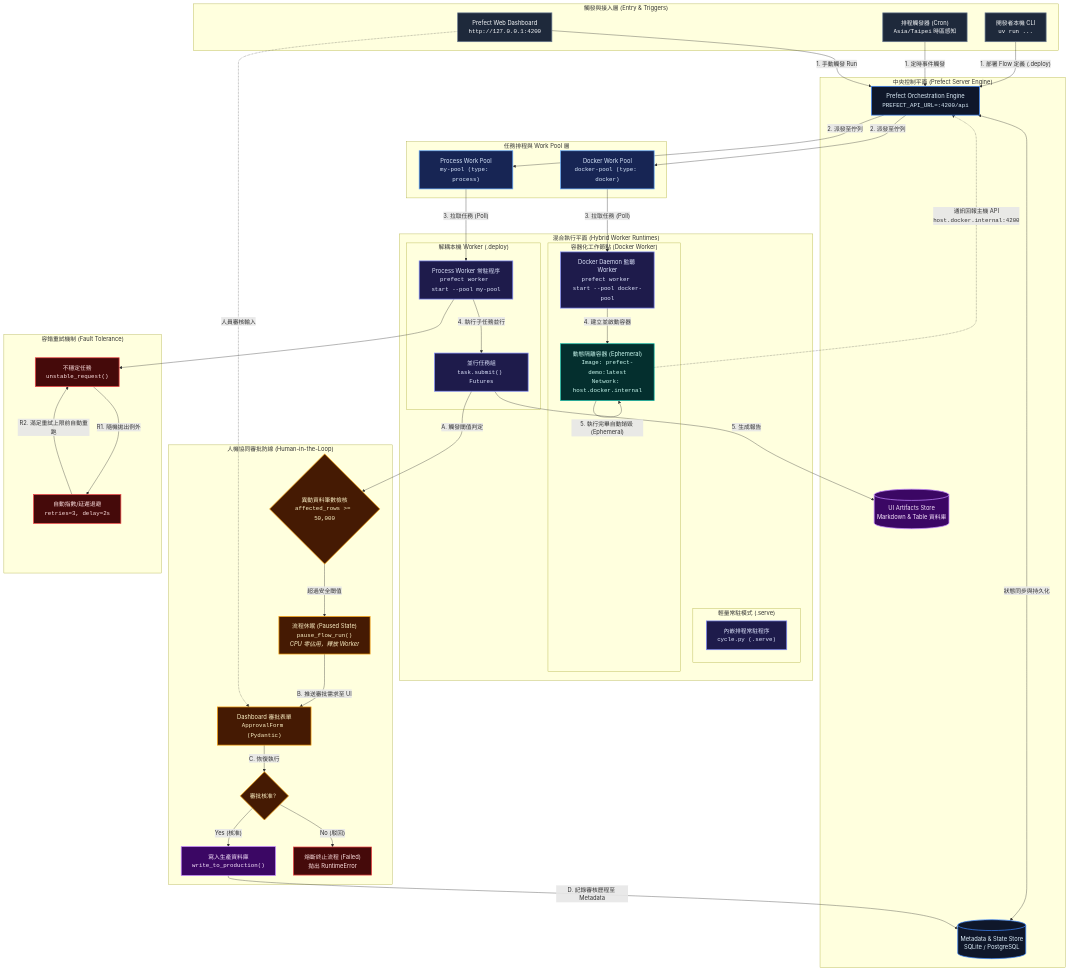
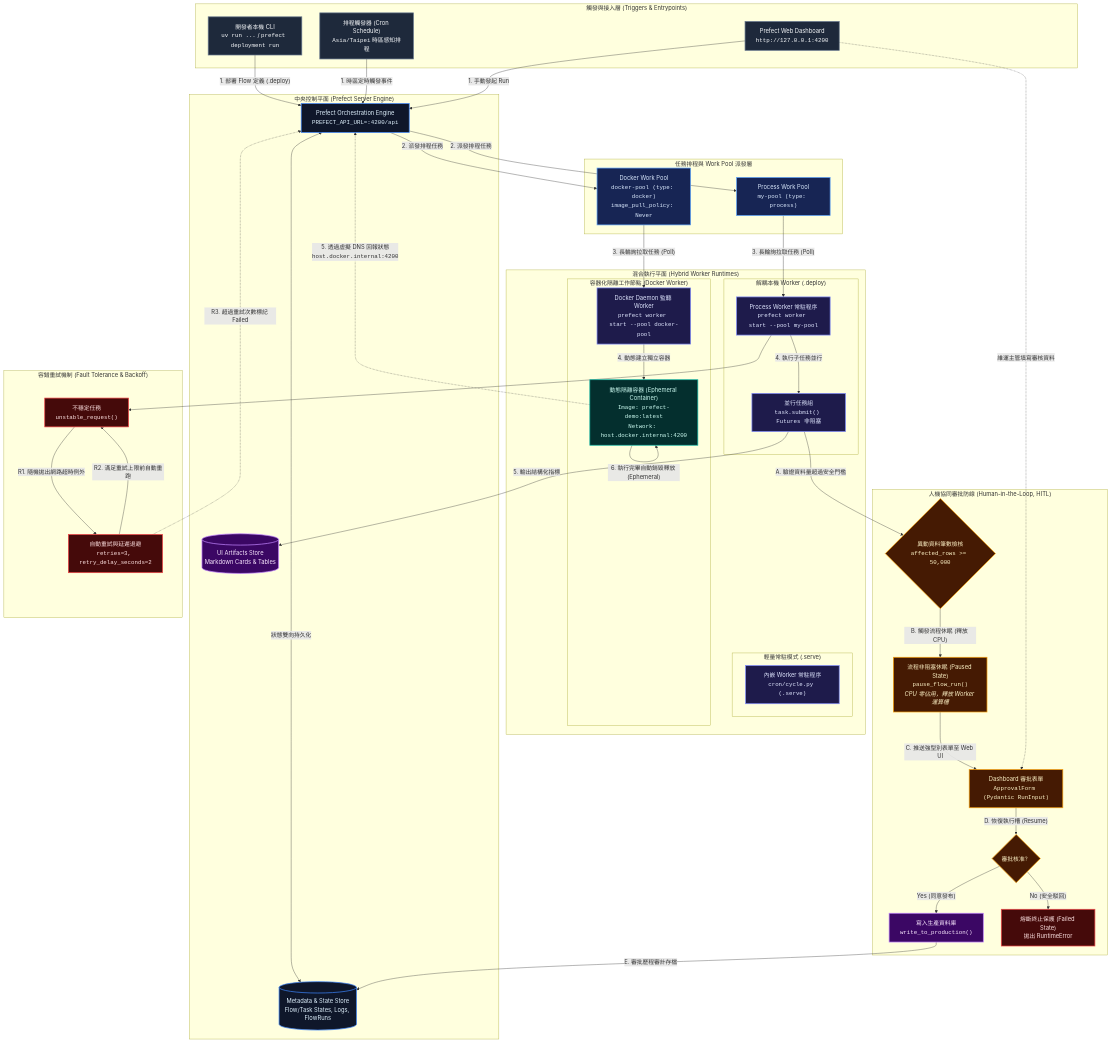
One commit to JeffLin0225/prefectDemo changed the first of 2 diagrams in README.md. Above: the diagram before and after it, drawn with Mermaid. The commit also changed other lines of this file, not shown here.

Commit message:
doc: 更新文件

````diff
--- a/README.md
+++ b/README.md
@@ -11,6 +11,6 @@
 ```mermaid
-flowchart TD
-    %% 樣式定義 (主題質感配色)
+flowchart TB
+    %% 樣式定義 (高質感主題配色)
     classDef trigger fill:#1e293b,stroke:#64748b,stroke-width:2px,color:#f8fafc;
     classDef server fill:#0f172a,stroke:#3b82f6,stroke-width:2px,color:#e0f2fe;
     classDef pool fill:#172554,stroke:#60a5fa,stroke-width:2px,color:#dbeafe;
@@ -21,88 +21,89 @@
     classDef error fill:#450a0a,stroke:#ef4444,stroke-width:2px,color:#fee2e2;
 
     %% 觸發與進入層
-    subgraph TriggerLayer ["觸發與接入層 (Entry & Triggers)"]
-        CLI["開發者本機 CLI<br/><code>uv run ...</code>"]:::trigger
-        CronTrigger["排程觸發器 (Cron)<br/><code>Asia/Taipei</code> 時區感知"]:::trigger
+    subgraph TriggerLayer ["觸發與接入層 (Triggers & Entrypoints)"]
+        CLI["開發者本機 CLI<br/><code>uv run ...</code> / <code>prefect deployment run</code>"]:::trigger
+        CronTrigger["排程觸發器 (Cron Schedule)<br/><code>Asia/Taipei</code> 時區感知排程"]:::trigger
         WebUI["Prefect Web Dashboard<br/><code>http://127.0.0.1:4200</code>"]:::trigger
     end
 
     %% 控制平面
     subgraph ControlPlane ["中央控制平面 (Prefect Server Engine)"]
         ServerAPI["Prefect Orchestration Engine<br/><code>PREFECT_API_URL=:4200/api</code>"]:::server
-        MetadataDB[("Metadata & State Store<br/>SQLite / PostgreSQL")]:::server
-        ArtifactStore[("UI Artifacts Store<br/>Markdown & Table 資料庫")]:::artifact
+        MetadataDB[("Metadata & State Store<br/>Flow/Task States, Logs, FlowRuns")]:::server
+        ArtifactStore[("UI Artifacts Store<br/>Markdown Cards & Tables")]:::artifact
     end
 
     %% 調度與工作池
-    subgraph DispatchLayer ["任務排程與 Work Pool 層"]
+    subgraph DispatchLayer ["任務排程與 Work Pool 派發層"]
         ProcessPool["Process Work Pool<br/><code>my-pool (type: process)</code>"]:::pool
-        DockerPool["Docker Work Pool<br/><code>docker-pool (type: docker)</code>"]:::pool
+        DockerPool["Docker Work Pool<br/><code>docker-pool (type: docker)</code><br/><code>image_pull_policy: Never</code>"]:::pool
     end
 
     %% 執行平面
     subgraph ExecutionPlane ["混合執行平面 (Hybrid Worker Runtimes)"]
         subgraph ServeRuntime ["輕量常駐模式 (.serve)"]
-            ServeWorker["內嵌排程常駐程序<br/><code>cycle.py (.serve)</code>"]:::worker
+            ServeWorker["內嵌 Worker 常駐程序<br/><code>cron/cycle.py (.serve)</code>"]:::worker
         end
 
         subgraph ProcessRuntime ["解耦本機 Worker (.deploy)"]
             ProcessWorker["Process Worker 常駐程序<br/><code>prefect worker start --pool my-pool</code>"]:::worker
-            SubTasks["並行任務組<br/><code>task.submit() Futures</code>"]:::worker
+            SubTasks["並行任務組<br/><code>task.submit() Futures 非阻塞</code>"]:::worker
         end
 
-        subgraph DockerRuntime ["容器化工作節點 (Docker Worker)"]
+        subgraph DockerRuntime ["容器化隔離工作節點 (Docker Worker)"]
             DockerWorker["Docker Daemon 監聽 Worker<br/><code>prefect worker start --pool docker-pool</code>"]:::worker
-            DockerContainer["動態隔離容器 (Ephemeral)<br/><code>Image: prefect-demo:latest</code><br/><code>Network: host.docker.internal</code>"]:::container
+            DockerContainer["動態隔離容器 (Ephemeral Container)<br/><code>Image: prefect-demo:latest</code><br/><code>Network: host.docker.internal:4200</code>"]:::container
         end
     end
 
     %% 治理與人機審批防線
-    subgraph GovernancePlane ["人機協同審批防線 (Human-in-the-Loop)"]
+    subgraph GovernancePlane ["人機協同審批防線 (Human-in-the-Loop, HITL)"]
         ThresholdGate{"異動資料筆數檢核<br/><code>affected_rows >= 50,000</code>"}:::hitl
-        PauseState["流程休眠 (Paused State)<br/><code>pause_flow_run()</code><br/><i>CPU 零佔用，釋放 Worker</i>"]:::hitl
-        ApprovalModal["Dashboard 審批表單<br/><code>ApprovalForm (Pydantic)</code>"]:::hitl
+        PauseState["流程非阻塞休眠 (Paused State)<br/><code>pause_flow_run()</code><br/><i>CPU 零佔用，釋放 Worker 運算槽</i>"]:::hitl
+        ApprovalModal["Dashboard 審批表單<br/><code>ApprovalForm (Pydantic RunInput)</code>"]:::hitl
         Decision{"審批核准？"}:::hitl
         ProdWrite["寫入生產資料庫<br/><code>write_to_production()</code>"]:::artifact
-        AbortRun["熔斷終止流程 (Failed)<br/>拋出 RuntimeError"]:::error
+        AbortRun["熔斷終止保護 (Failed State)<br/>拋出 RuntimeError"]:::error
     end
 
     %% 異常重試機制
-    subgraph FaultTolerance ["容錯重試機制 (Fault Tolerance)"]
+    subgraph FaultTolerance ["容錯重試機制 (Fault Tolerance & Backoff)"]
         RetryTask["不穩定任務<br/><code>unstable_request()</code>"]:::error
-        RetryPolicy["自動指數/延遲退避<br/><code>retries=3, delay=2s</code>"]:::error
+        RetryPolicy["自動重試與延遲退避<br/><code>retries=3, retry_delay_seconds=2</code>"]:::error
     end
 
-    %% 主鏈路連線
+    %% 主鏈路連線 (標註序號 1~6)
     CLI -->|"1. 部署 Flow 定義 (.deploy)"| ServerAPI
-    CronTrigger -->|"1. 定時事件觸發"| ServerAPI
-    WebUI -->|"1. 手動觸發 Run"| ServerAPI
-    ServerAPI <-->|"狀態同步與持久化"| MetadataDB
+    CronTrigger -->|"1. 時區定時觸發事件"| ServerAPI
+    WebUI -->|"1. 手動發起 Run"| ServerAPI
+    ServerAPI <-->|"狀態雙向持久化"| MetadataDB
 
-    ServerAPI -->|"2. 派發至佇列"| ProcessPool
-    ServerAPI -->|"2. 派發至佇列"| DockerPool
+    ServerAPI -->|"2. 派發排程任務"| ProcessPool
+    ServerAPI -->|"2. 派發排程任務"| DockerPool
 
-    ProcessPool -->|"3. 拉取任務 (Poll)"| ProcessWorker
+    ProcessPool -->|"3. 長輪詢拉取任務 (Poll)"| ProcessWorker
     ProcessWorker -->|"4. 執行子任務並行"| SubTasks
-    SubTasks -->|"5. 生成報告"| ArtifactStore
+    SubTasks -->|"5. 輸出結構化指標"| ArtifactStore
 
-    DockerPool -->|"3. 拉取任務 (Poll)"| DockerWorker
-    DockerWorker -->|"4. 建立並啟動容器"| DockerContainer
-    DockerContainer -.->|"通訊回報主機 API<br/><code>host.docker.internal:4200</code>"| ServerAPI
-    DockerContainer -->|"5. 執行完畢自動銷毀 (Ephemeral)"| DockerContainer
+    DockerPool -->|"3. 長輪詢拉取任務 (Poll)"| DockerWorker
+    DockerWorker -->|"4. 動態建立獨立容器"| DockerContainer
+    DockerContainer -.->|"5. 透過虛擬 DNS 回報狀態<br/><code>host.docker.internal:4200</code>"| ServerAPI
+    DockerContainer -->|"6. 執行完畢自動銷毀釋放 (Ephemeral)"| DockerContainer
 
-    %% 異常重試鏈路
+    %% 異常重試鏈路 (標註序號 R1~R3)
     ProcessWorker --> RetryTask
-    RetryTask -->|"R1. 隨機拋出例外"| RetryPolicy
+    RetryTask -->|"R1. 隨機拋出網路超時例外"| RetryPolicy
     RetryPolicy -->|"R2. 滿足重試上限前自動重跑"| RetryTask
+    RetryPolicy -.->|"R3. 超過重試次數標記 Failed"| ServerAPI
 
-    %% HITL 治理鏈路
-    SubTasks -->|"A. 觸發閾值判定"| ThresholdGate
-    ThresholdGate -->|"超過安全閾值"| PauseState
-    PauseState -->|"B. 推送審批需求至 UI"| ApprovalModal
-    WebUI -.->|"人員審核輸入"| ApprovalModal
-    ApprovalModal -->|"C. 恢復執行"| Decision
-    Decision -->|"Yes (核准)"| ProdWrite
-    Decision -->|"No (駁回)"| AbortRun
-    ProdWrite -->|"D. 記錄審核歷程至 Metadata"| MetadataDB
+    %% HITL 治理鏈路 (標註序號 A~E)
+    SubTasks -->|"A. 驗證資料量超過安全門檻"| ThresholdGate
+    ThresholdGate -->|"B. 觸發流程休眠 (釋放 CPU)"| PauseState
+    PauseState -->|"C. 推送強型別表單至 Web UI"| ApprovalModal
+    WebUI -.->|"維運主管填寫審核資料"| ApprovalModal
+    ApprovalModal -->|"D. 恢復執行槽 (Resume)"| Decision
+    Decision -->|"Yes (同意發布)"| ProdWrite
+    Decision -->|"No (安全駁回)"| AbortRun
+    ProdWrite -->|"E. 審批歷程審計存檔"| MetadataDB
 ```
````
